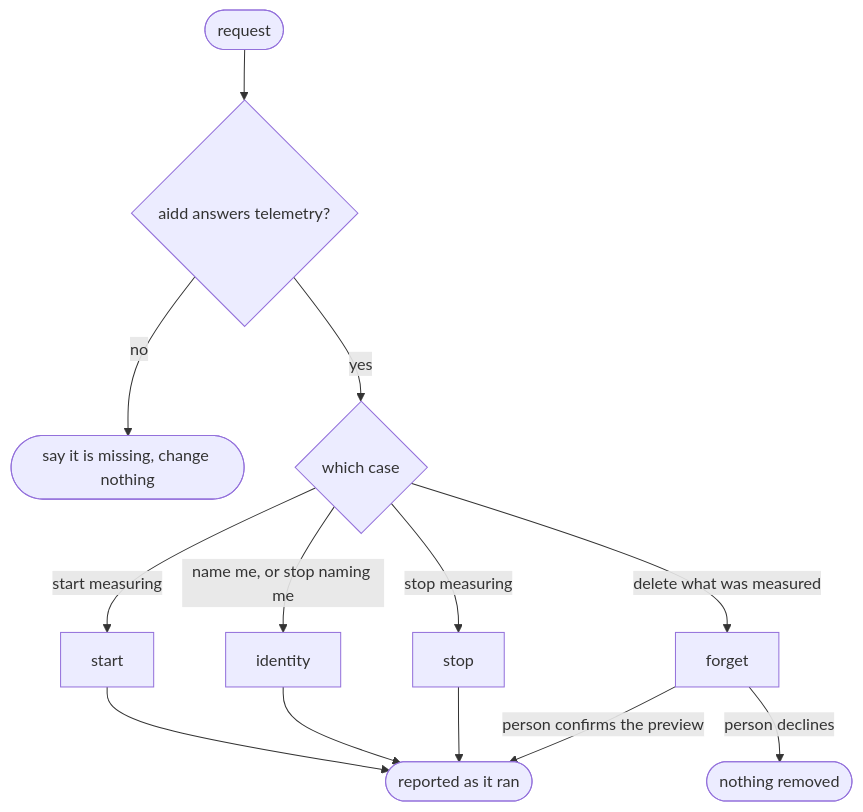
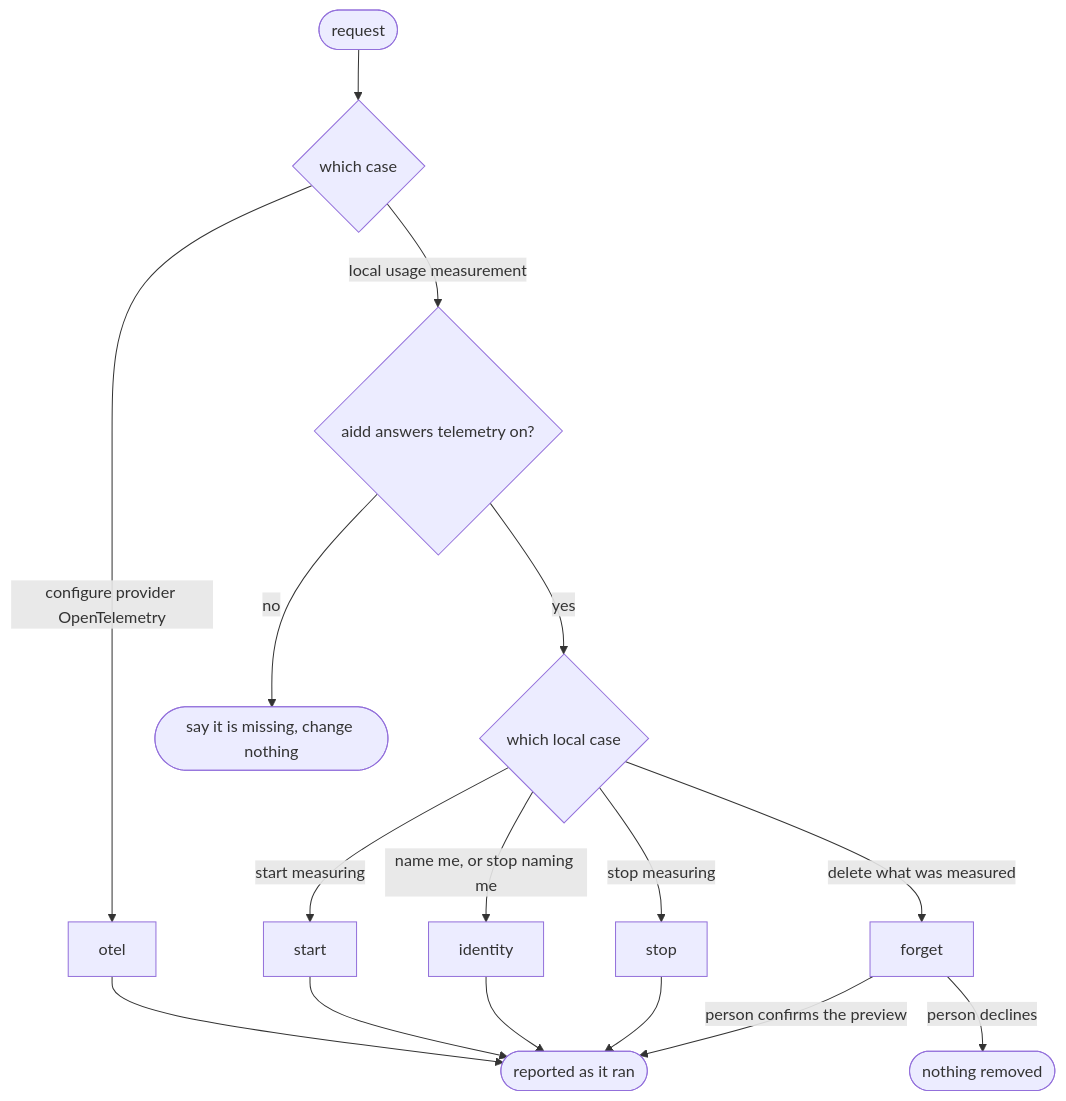
One commit to ai-driven-dev/framework changed the diagram in plugins/aidd-telemetry/skills/00-init/SKILL.md. Above: the diagram before and after it, drawn with Mermaid. The commit also changed other lines of this file and 20 other files, not shown here.

Commit message:
feat(telemetry): configure native OTLP exports

````diff
--- a/plugins/aidd-telemetry/skills/00-init/SKILL.md
+++ b/plugins/aidd-telemetry/skills/00-init/SKILL.md
@@ -9,12 +9,14 @@
 ```mermaid
 flowchart TD
-  request([request]) --> probe{"aidd answers telemetry?"}
+  request([request]) --> route{which case}
+  route -->|"configure provider OpenTelemetry"| otel --> done([reported as it ran])
+  route -->|"local usage measurement"| probe{"aidd answers telemetry on?"}
   probe -->|"no"| absent([say it is missing, change nothing])
-  probe -->|"yes"| route{which case}
-  route -->|"start measuring"| start --> done([reported as it ran])
-  route -->|"name me, or stop naming me"| identity --> done
-  route -->|"stop measuring"| stop --> done
-  route -->|"delete what was measured"| forget
+  probe -->|"yes"| local{which local case}
+  local -->|"start measuring"| start --> done
+  local -->|"name me, or stop naming me"| identity --> done
+  local -->|"stop measuring"| stop --> done
+  local -->|"delete what was measured"| forget
   forget -->|"person confirms the preview"| done
   forget -->|"person declines"| kept([nothing removed])
 ```
````
